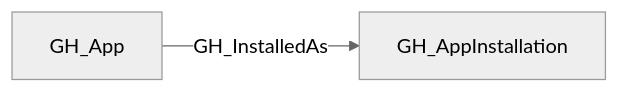
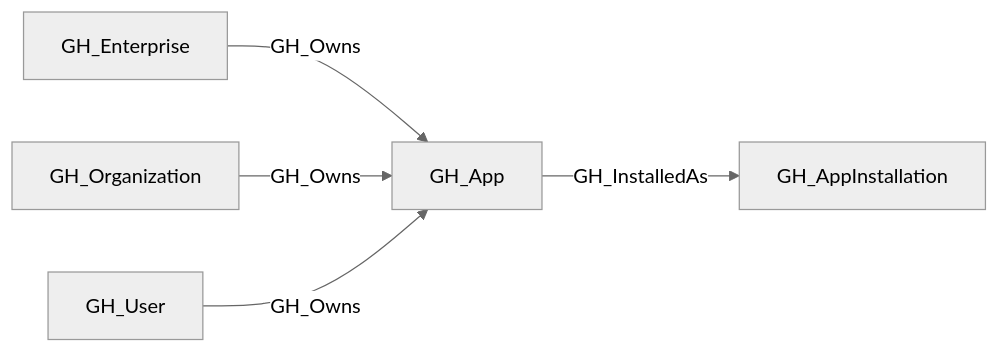
The diagram in descriptions/nodes/GH_App.md (SpecterOps/openhound-github), drawn with Mermaid (neutral theme) before and after one commit. The commit also changed other lines of this file and 6 other files, not shown here.

````diff
--- a/descriptions/nodes/GH_App.md
+++ b/descriptions/nodes/GH_App.md
@@ -35,6 +37,12 @@
 ```mermaid
 graph LR
     n0["GH_App"]
     n1["GH_AppInstallation"]
+    n2["GH_Enterprise"]
+    n3["GH_Organization"]
+    n4["GH_User"]
     n0 -->|GH_InstalledAs| n1
+    n2 -->|GH_Owns| n0
+    n3 -->|GH_Owns| n0
+    n4 -->|GH_Owns| n0
 ```
````
